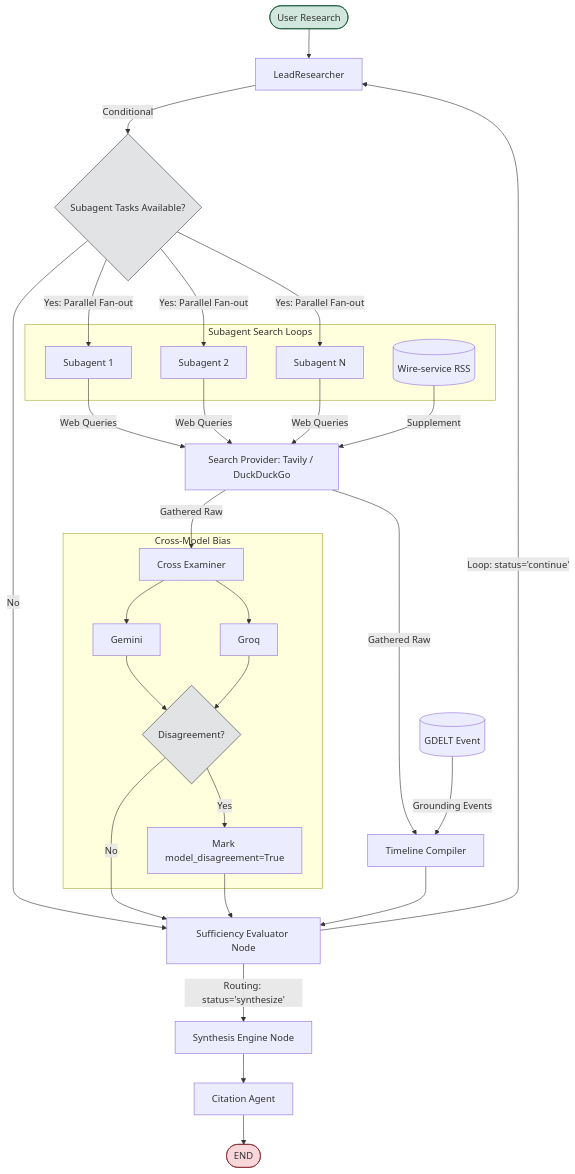
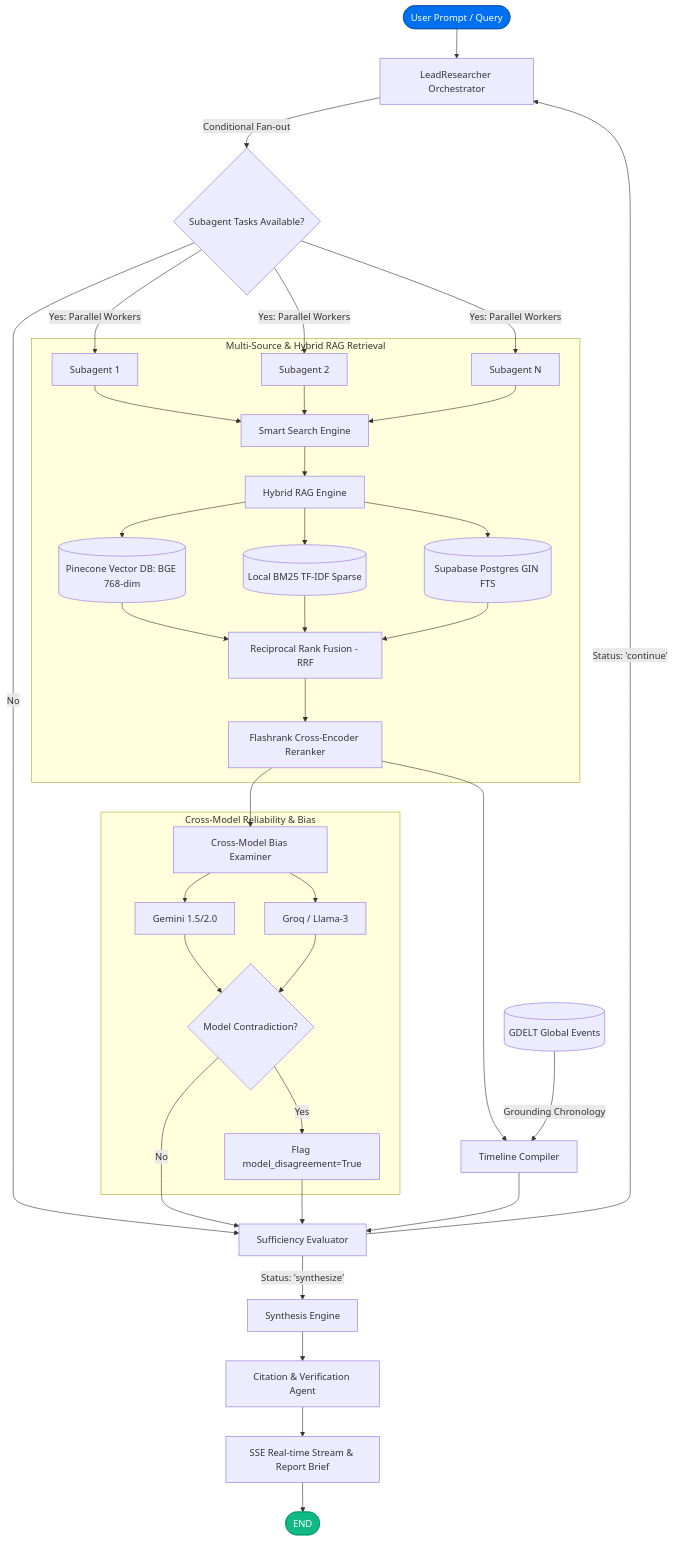
One commit to compileandgo/sentinel changed the diagram in README.md. Above: the diagram before and after it, drawn with Mermaid. The commit also changed other lines of this file, not shown here.

Commit message:
docs: update README with Hybrid RAG architecture, Redis state manager, and platform setup

````diff
--- a/README.md
+++ b/README.md
@@ -11,51 +11,49 @@
 ```mermaid
 flowchart TD
-    User([User Research]) --> Lead[LeadResearcher]
+    User([User Prompt / Query]) --> Lead[LeadResearcher Orchestrator]
     
-    Lead -->|Conditional| SubTasks{Subagent Tasks Available?}
+    Lead -->|Conditional Fan-out| SubTasks{Subagent Tasks Available?}
     
-    SubTasks -- "Yes: Parallel Fan-out" --> Sub1
-    SubTasks -- "Yes: Parallel Fan-out" --> Sub2
-    SubTasks -- "Yes: Parallel Fan-out" --> SubN
+    SubTasks -- "Yes: Parallel Workers" --> Sub1[Subagent 1]
+    SubTasks -- "Yes: Parallel Workers" --> Sub2[Subagent 2]
+    SubTasks -- "Yes: Parallel Workers" --> SubN[Subagent N]
     
-    subgraph Subagent_Search_Loops ["Subagent Search Loops"]
-        Sub1[Subagent 1]
-        Sub2[Subagent 2]
-        SubN[Subagent N]
-        RSS[(Wire-service RSS)]
+    subgraph Multi_Source_Retrieval ["Multi-Source & Hybrid RAG Retrieval"]
+        Sub1 & Sub2 & SubN --> SmartSearch[Smart Search Engine]
+        SmartSearch --> HybridRAG[Hybrid RAG Engine]
+        
+        HybridRAG --> Pinecone[(Pinecone Vector DB: BGE 768-dim)]
+        HybridRAG --> BM25[(Local BM25 TF-IDF Sparse)]
+        HybridRAG --> Postgres[(Supabase Postgres GIN FTS)]
+        
+        Pinecone & BM25 & Postgres --> RRF[Reciprocal Rank Fusion - RRF]
+        RRF --> Flashrank[Flashrank Cross-Encoder Reranker]
     end
     
-    Sub1 -->|Web Queries| Search[Search Provider: Tavily / DuckDuckGo]
-    Sub2 -->|Web Queries| Search
-    SubN -->|Web Queries| Search
-    RSS -->|Supplement| Search
+    Flashrank --> Cross[Cross-Model Bias Examiner]
+    Flashrank --> Timeline[Timeline Compiler]
     
-    Search -->|Gathered Raw| Cross[Cross Examiner]
-    Search -->|Gathered Raw| Timeline[Timeline Compiler]
-    
-    subgraph Cross_Model_Bias ["Cross-Model Bias"]
-        Cross --> Gem[Gemini]
-        Cross --> Groq[Groq]
-        Gem --> Disagree{Disagreement?}
-        Groq --> Disagree
-        Disagree -- Yes --> Mark[Mark model_disagreement=True]
+    subgraph Cross_Model_Audit ["Cross-Model Reliability & Bias"]
+        Cross --> Gem[Gemini 1.5/2.0]
+        Cross --> Groq[Groq / Llama-3]
+        Gem & Groq --> Disagree{Model Contradiction?}
+        Disagree -- Yes --> Mark[Flag model_disagreement=True]
     end
     
-    GDELT[(GDELT Event)] -->|Grounding Events| Timeline
+    GDELT[(GDELT Global Events)] -->|Grounding Chronology| Timeline
     
-    SubTasks -- No --> Eval[Sufficiency Evaluator Node]
+    SubTasks -- No --> Eval[Sufficiency Evaluator]
     Disagree -- No --> Eval
     Mark --> Eval
     Timeline --> Eval
     
-    Eval -->|Loop: status='continue'| Lead
-    Eval -->|Routing: status='synthesize'| Synth[Synthesis Engine Node]
+    Eval -->|Status: 'continue'| Lead
+    Eval -->|Status: 'synthesize'| Synth[Synthesis Engine]
     
-    Synth --> Cit[Citation Agent]
-    Cit --> End([END])
+    Synth --> Cit[Citation & Verification Agent]
+    Cit --> Stream[SSE Real-time Stream & Report Brief]
+    Stream --> End([END])
     
-    style User fill:#d1e7dd,stroke:#0f5132,stroke-width:1px
-    style End fill:#f8d7da,stroke:#842029,stroke-width:1px
-    style SubTasks fill:#e2e3e5,stroke:#383d41,stroke-width:1px
-    style Disagree fill:#e2e3e5,stroke:#383d41,stroke-width:1px
+    style User fill:#0070f3,color:#fff,stroke:#0051a8,stroke-width:1px
+    style End fill:#10b981,color:#fff,stroke:#059669,stroke-width:1px
 ```
````
